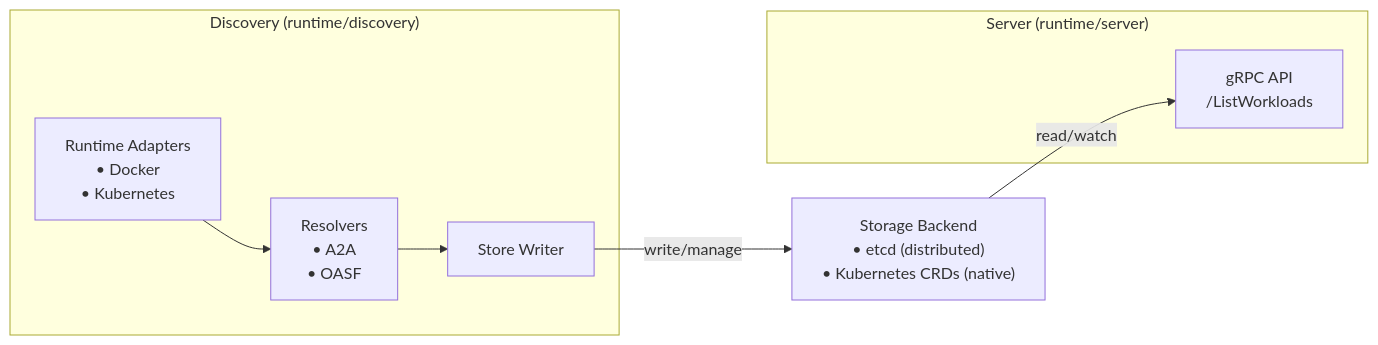
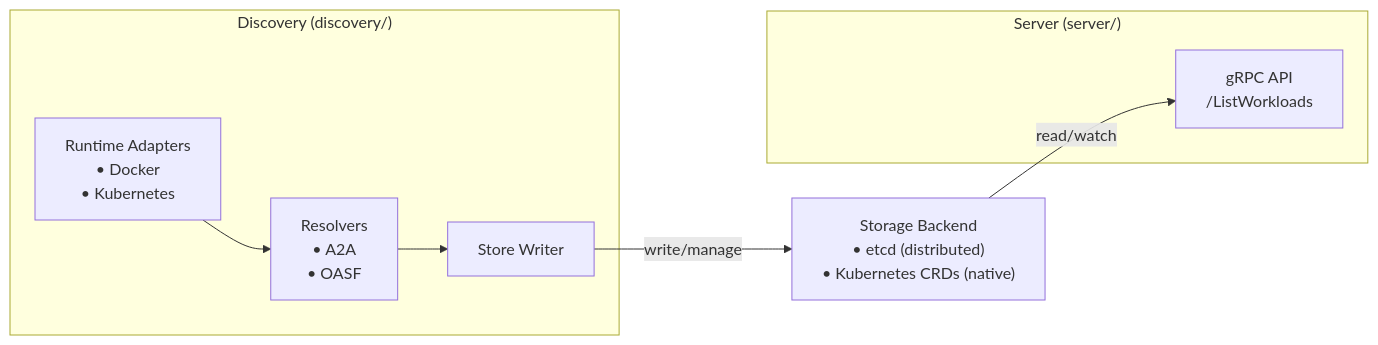
One commit to agntcy/dir-runtime changed the first of 2 diagrams in docs/dir-component-runtime-discovery.md. Above: the diagram before and after it, drawn with Mermaid. The commit also changed other lines of this file and 2 other files, not shown here.

````diff
--- a/docs/dir-component-runtime-discovery.md
+++ b/docs/dir-component-runtime-discovery.md
@@ -10,20 +10,20 @@
 ```mermaid
 flowchart LR
- subgraph Discovery["Discovery (runtime/discovery)"]
+ subgraph Discovery["Discovery (discovery/)"]
         RA["Runtime Adapters<br>• Docker<br>• Kubernetes"]
         RES["Resolvers<br>• A2A<br>• OASF"]
         SW["Store Writer"]
   end
- subgraph Server["Server (runtime/server)"]
+ subgraph Server["Server (server/)"]
         SPACE[" "]
         API["gRPC API<br>/ListWorkloads"]
   end
     RA --> RES
     RES --> SW
     SPACE ~~~ API
     Discovery ~~~ Server
     SW -- write/manage --> SB["Storage Backend<br>• etcd (distributed)<br>• Kubernetes CRDs (native)"]
     SB -- read/watch --> API
 
     style SPACE fill:none,stroke:none
 ```
````
